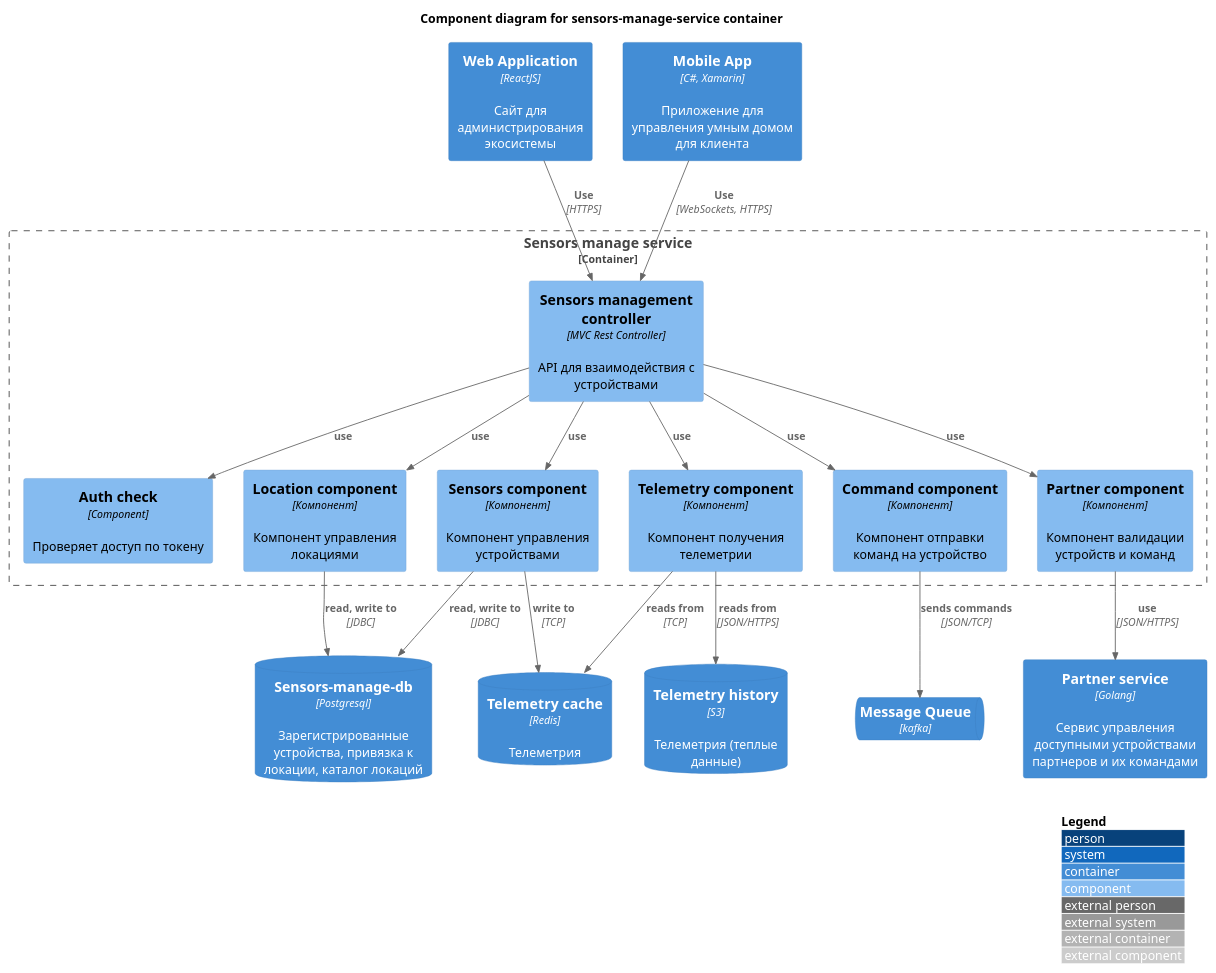
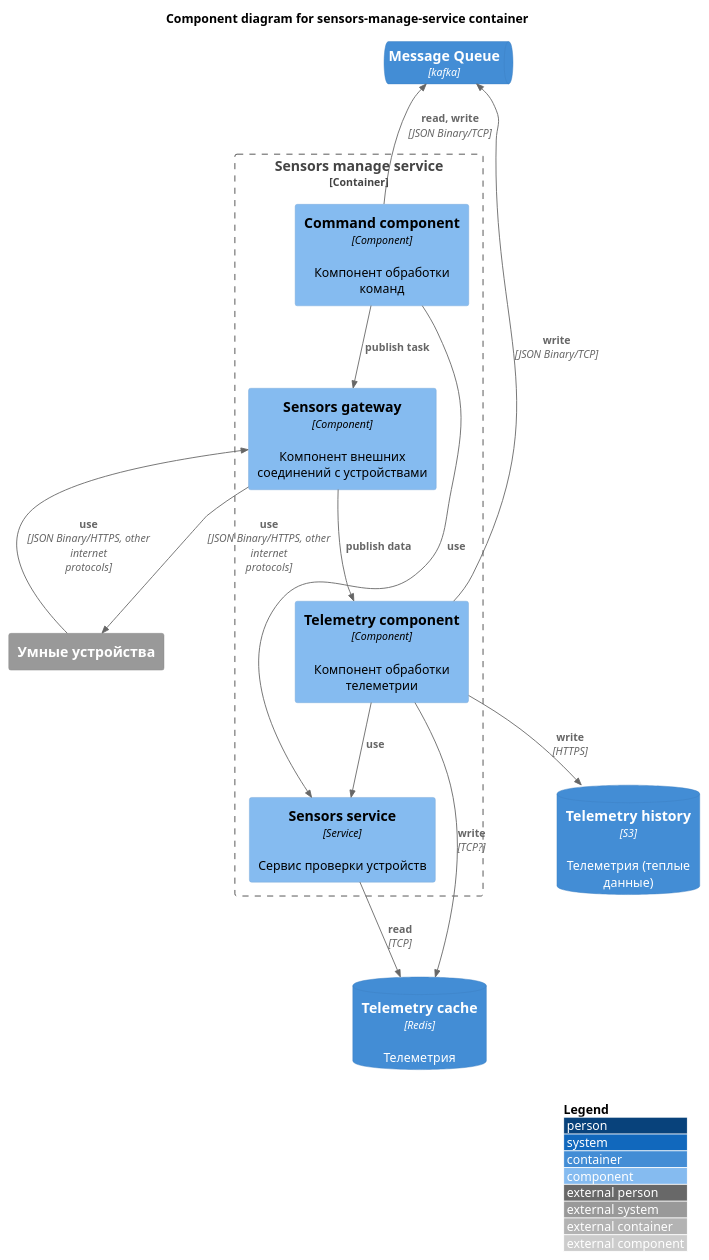
The diagram in schemas/component/Smarthome-component-sensors-manage.puml (annmozer116/warmhouse-golang), drawn with PlantUML before and after one commit. The commit also changed 1 other file, not shown here.

Commit message:
Update Component diagram 2

```diff
--- a/schemas/component/Smarthome-component-sensors-manage.puml
+++ b/schemas/component/Smarthome-component-sensors-manage.puml
@@ -1,52 +1,39 @@
 @startuml Smarthome-component-sensors-manage
 !include https://raw.githubusercontent.com/plantuml-stdlib/C4-PlantUML/master/C4_Component.puml
 ' uncomment the following line and comment the first to use locally
 ' !include C4_Component.puml
-
 LAYOUT_WITH_LEGEND()
+LAYOUT_TOP_DOWN()
 
 title Component diagram for sensors-manage-service container
 
-Container(admin_web_app, "Web Application", "ReactJS", "Сайт для администрирования экосистемы")
-Container(mobile_app, "Mobile App", "C#, Xamarin", "Приложение для управления умным домом для клиента")
-
-Container(partner_service, "Partner service", "Golang", "Сервис управления доступными устройствами партнеров и их командами")
-ContainerDb(sensors_manage_service_db, "Sensors-manage-db", "Postgresql", "Зарегистрированные устройства, привязка к локации, каталог локаций")
 ContainerDb(telemetry_cache, "Telemetry cache", "Redis", "Телеметрия")
 ContainerDb(telemetry_history, "Telemetry history", "S3", "Телеметрия (теплые данные)")
 
+System_Ext(sensor, "Умные устройства")
+
 ContainerQueue(smarthome_mq, "Message Queue", "kafka")
 
-Container_Boundary(sensors_manage_service, "Sensors manage service") {
-    Component(auth_check, "Auth check","Component", "Проверяет доступ по токену")
-    Component(sensors_controller, "Sensors management controller", "MVC Rest Controller", "API для взаимодействия с устройствами")
+Container_Boundary(sensors_gw_service, "Sensors manage service") {
+    Component(sensors_gw,"Sensors gateway", "Component", "Компонент внешних соединений с устройствами")
+    Component(sensors_service,"Sensors service", "Service", "Сервис проверки устройств")
+    Component(telemetry_service,"Telemetry component", "Component", "Компонент обработки телеметрии")
+    Component(command_service,"Command component", "Component", "Компонент обработки команд")
+}
+Rel_U(command_service, smarthome_mq, "read, write", "JSON Binary/TCP")
 
-    Component(sensors_service, "Sensors component", "Компонент", "Компонент управления устройствами")
-    Component(location_service, "Location component", "Компонент", "Компонент управления локациями")
-    Component(telemetry_service, "Telemetry component", "Компонент", "Компонент получения телеметрии")
-    Component(command_service, "Command component", "Компонент", "Компонент отправки команд на устройство")
-    Component(partner_component, "Partner component", "Компонент", "Компонент валидации устройств и команд")
+Rel(command_service, sensors_gw, "publish task")
+Rel(sensors_gw, telemetry_service, "publish data")
+Rel(command_service, sensors_service, "use")
 
-}
-Rel(mobile_app, sensors_controller, "Use", "WebSockets, HTTPS")
-Rel(admin_web_app, sensors_controller, "Use", "HTTPS")
+Rel(telemetry_service, sensors_service, "use")
+Rel_U(telemetry_service, smarthome_mq, "write", "JSON Binary/TCP")
+Rel(telemetry_service, telemetry_cache, "write", "TCP?")
+Rel(telemetry_service, telemetry_history, "write", "HTTPS")
 
+Rel(sensors_service, telemetry_cache, "read", "TCP")
 
-Rel(sensors_controller, sensors_service, "use")
-Rel(sensors_controller, location_service, "use")
-Rel(sensors_controller, telemetry_service, "use")
-Rel(sensors_controller, command_service, "use")
-Rel(sensors_controller, auth_check, "use")
-Rel(sensors_controller, partner_component, "use")
-
-Rel(partner_component, partner_service, "use", "JSON/HTTPS")
-
-Rel(sensors_service, sensors_manage_service_db, "read, write to", "JDBC")
-Rel(sensors_service, telemetry_cache, "write to", "TCP")
-
-Rel(location_service, sensors_manage_service_db, "read, write to", "JDBC")
-Rel(telemetry_service, telemetry_cache, "reads from", "TCP")
-Rel(telemetry_service, telemetry_history, "reads from", "JSON/HTTPS")
-Rel(command_service, smarthome_mq, "sends commands", "JSON/TCP")
+Rel_U(sensor, sensors_gw, "use", "JSON Binary/HTTPS, other internet protocols")
+Rel_D(sensors_gw, sensor, "use", "JSON Binary/HTTPS, other internet protocols")
 
 @enduml
```
